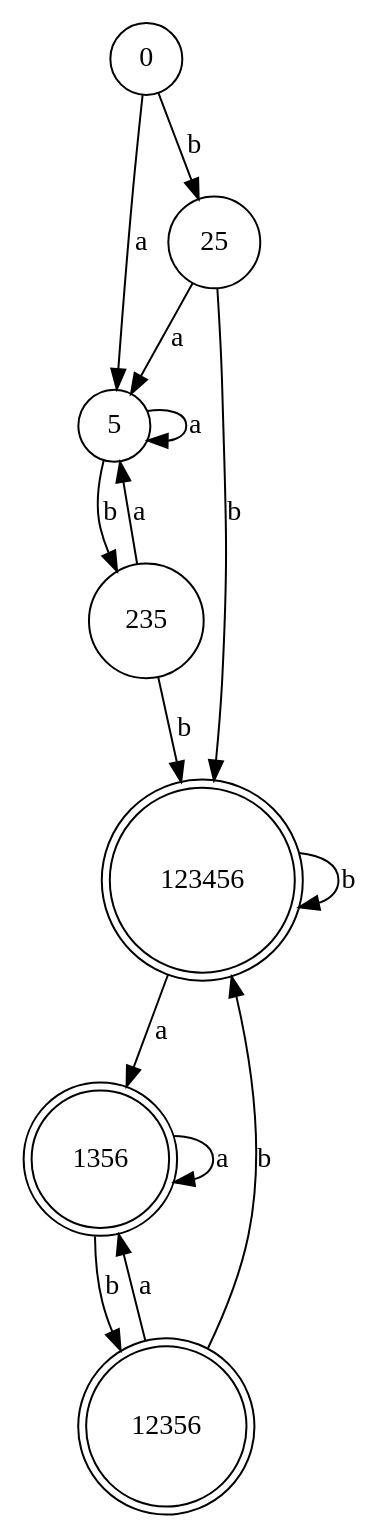
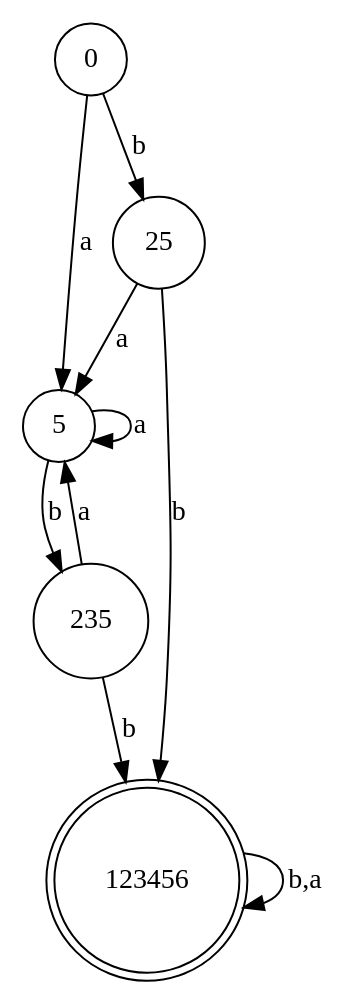
One commit to igorbragaia/CTC-34 changed the diagram in projeto_1/test-output/graph.gv. Above: the diagram before and after it, drawn with Graphviz. The commit also changed 2 other files, not shown here.

```diff
--- a/projeto_1/test-output/graph.gv
+++ b/projeto_1/test-output/graph.gv
@@ -1,23 +1,16 @@
 digraph {
 	0 [shape=circle]
 	5 [shape=circle]
 	25 [shape=circle]
 	235 [shape=circle]
 	123456 [shape=doublecircle]
-	1356 [shape=doublecircle]
-	12356 [shape=doublecircle]
 	0 -> 5 [label=a]
 	0 -> 25 [label=b]
 	5 -> 235 [label=b]
 	25 -> 123456 [label=b]
 	235 -> 123456 [label=b]
-	123456 -> 1356 [label=a]
-	123456 -> 123456 [label=b]
-	1356 -> 1356 [label=a]
-	1356 -> 12356 [label=b]
-	12356 -> 1356 [label=a]
-	12356 -> 123456 [label=b]
+	123456 -> 123456 [label="b,a"]
 	5 -> 5 [label=a]
 	25 -> 5 [label=a]
 	235 -> 5 [label=a]
 }
```
